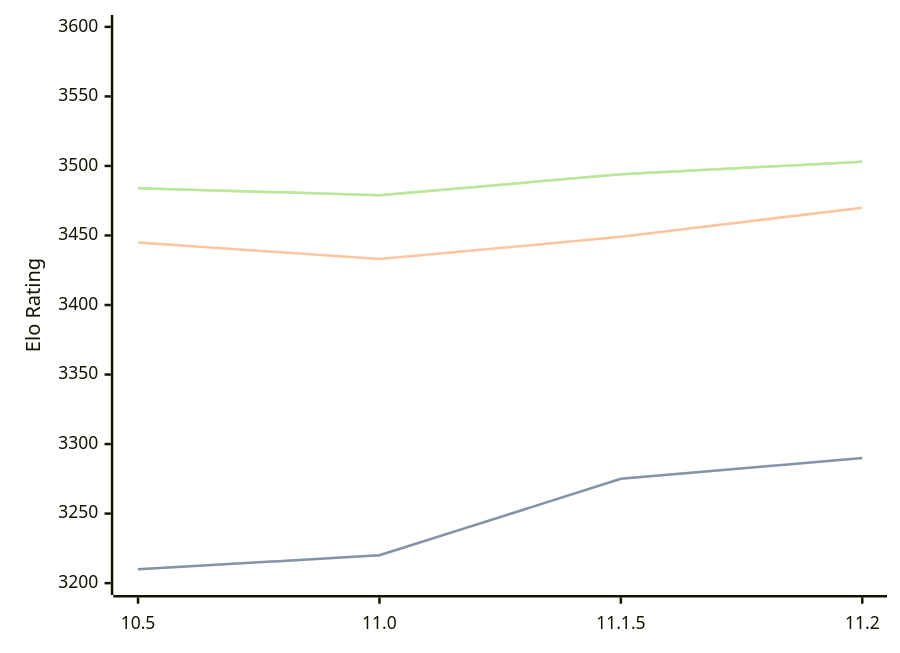
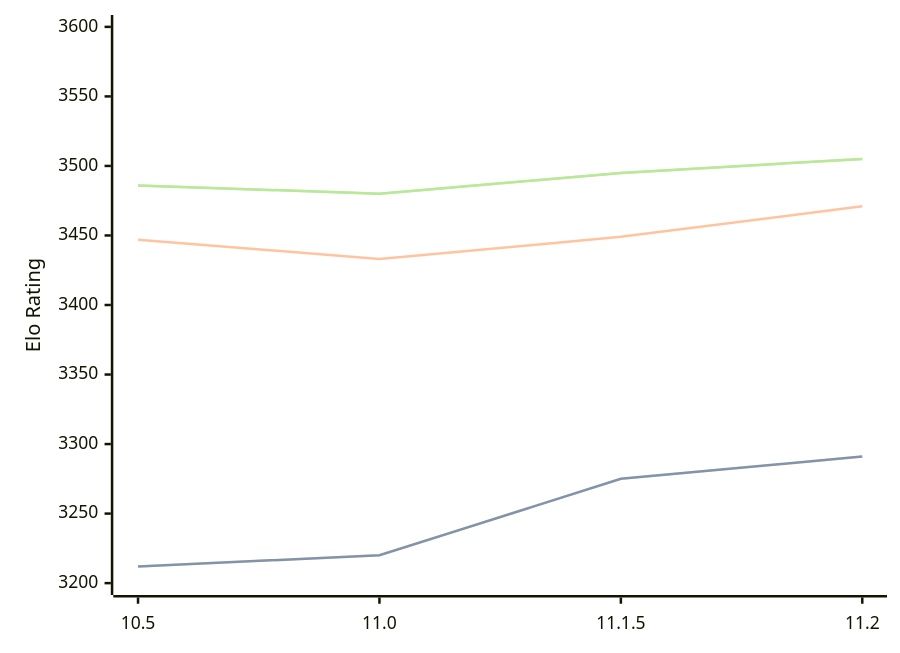
The diagram in engines/Lizard.md (computer-chess-index/cci), drawn with Mermaid before and after one commit. The commit also changed other lines of this file, not shown here.

Commit message:
Update CCI Ratings (ELO VLTC) - 2026-07-24

````diff
--- a/engines/Lizard.md
+++ b/engines/Lizard.md
@@ -46,11 +46,11 @@
 ```mermaid
 %%{init: {"theme":"base","themeVariables":{"seriesColors:['#a3a3a3','#222221','#faa371']}}}%%
 xychart-beta
   x-axis ["10.5", "11.0", "11.1.5", "11.2"]
   y-axis "Elo Rating" 3200 --> 3600
-  line "STC (8.0+0.08s)" [3210, 3220, 3275, 3290]
-  line "STC (8.0+0.08s)" [3210, 3220, 3275, 3290]
-  line "LTC (60.0+0.60s)" [3445, 3433, 3449, 3470]
-  line "VLTC (2m24s+1.12s)" [3484, 3479, 3494, 3503]
-  line "VLTC (2m24s+1.12s)" [3484, 3479, 3494, 3503]
+  line "STC (8.0+0.08s)" [3212, 3220, 3275, 3291]
+  line "STC (8.0+0.08s)" [3212, 3220, 3275, 3291]
+  line "LTC (60.0+0.60s)" [3447, 3433, 3449, 3471]
+  line "VLTC (2m24s+1.12s)" [3486, 3480, 3495, 3505]
+  line "VLTC (2m24s+1.12s)" [3486, 3480, 3495, 3505]
 ```
````
